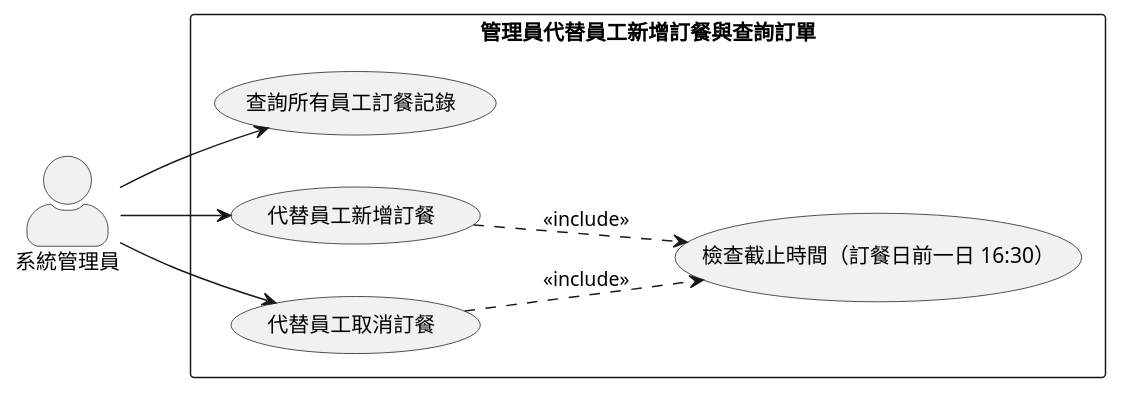
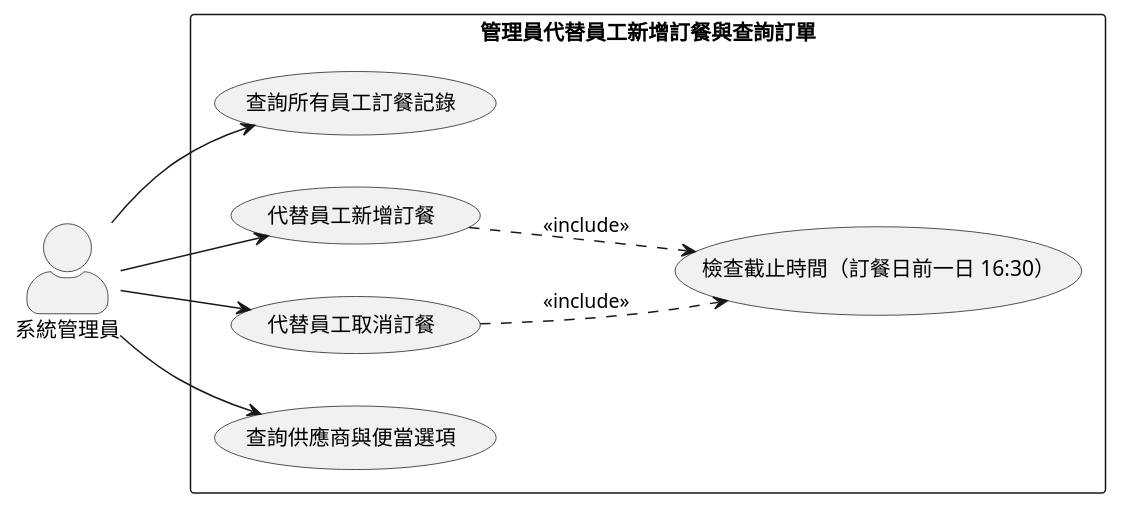
One commit to teyhawzhe/bento-uml changed the diagram in output/A006/A006-usecase.puml. Above: the diagram before and after it, drawn with PlantUML. The commit also changed 4 other files, not shown here.

```diff
--- a/output/A006/A006-usecase.puml
+++ b/output/A006/A006-usecase.puml
@@ -1,19 +1,21 @@
 @startuml A006-usecase
 left to right direction
 skinparam actorStyle awesome
 
 actor "系統管理員" as Admin
 
 rectangle "管理員代替員工新增訂餐與查詢訂單" {
     usecase "查詢所有員工訂餐記錄" as UC1
     usecase "代替員工新增訂餐" as UC2
     usecase "代替員工取消訂餐" as UC4
     usecase "檢查截止時間（訂餐日前一日 16:30）" as UC3
+    usecase "查詢供應商與便當選項" as UC5
 }
 
 Admin --> UC1
 Admin --> UC2
 Admin --> UC4
+Admin --> UC5
 UC2 ..> UC3 : <<include>>
 UC4 ..> UC3 : <<include>>
 @enduml
```
